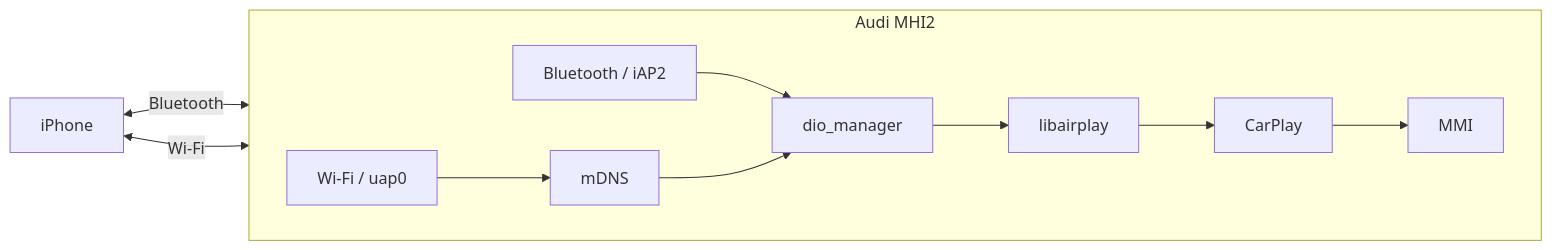
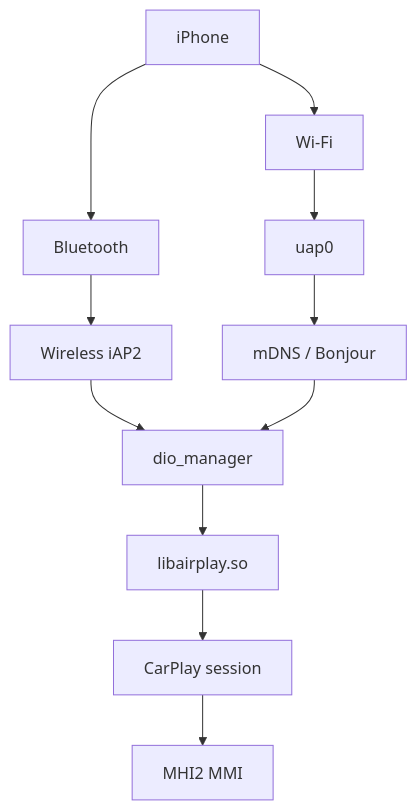
The second of 3 diagrams in README.md (joeyQuery/MHI2-Wireless-CarPlay), drawn with Mermaid before and after one commit. The commit also changed other lines of this file, not shown here.

Commit message:
Expand README with current Wireless CarPlay architecture and roadmap

```diff
--- a/README.md
+++ b/README.md
@@ -46,24 +67,24 @@
 ~~~mermaid
-flowchart LR
+flowchart TB
     PHONE["iPhone"]
+    BT["Bluetooth"]
+    WIAP["Wireless iAP2"]
+    WIFI["Wi-Fi"]
+    UAP["uap0"]
+    MDNS["mDNS / Bonjour"]
+    DIO["dio_manager"]
+    AIRPLAY["libairplay.so"]
+    CP["CarPlay session"]
+    MMI["MHI2 MMI"]
 
-    subgraph MHI2["Audi MHI2"]
-        direction LR
-        BT["Bluetooth / iAP2"]
-        WIFI["Wi-Fi / uap0"]
-        MDNS["mDNS"]
-        DIO["dio_manager"]
-        AIRPLAY["libairplay"]
-        CP["CarPlay"]
-        MMI["MMI"]
-    end
-
-    PHONE <-->|"Bluetooth"| BT
-    PHONE <-->|"Wi-Fi"| WIFI
-    WIFI --> MDNS
-    BT --> DIO
+    PHONE --> BT
+    BT --> WIAP
+    WIAP --> DIO
+    PHONE --> WIFI
+    WIFI --> UAP
+    UAP --> MDNS
     MDNS --> DIO
     DIO --> AIRPLAY
     AIRPLAY --> CP
     CP --> MMI
 ~~~
```
